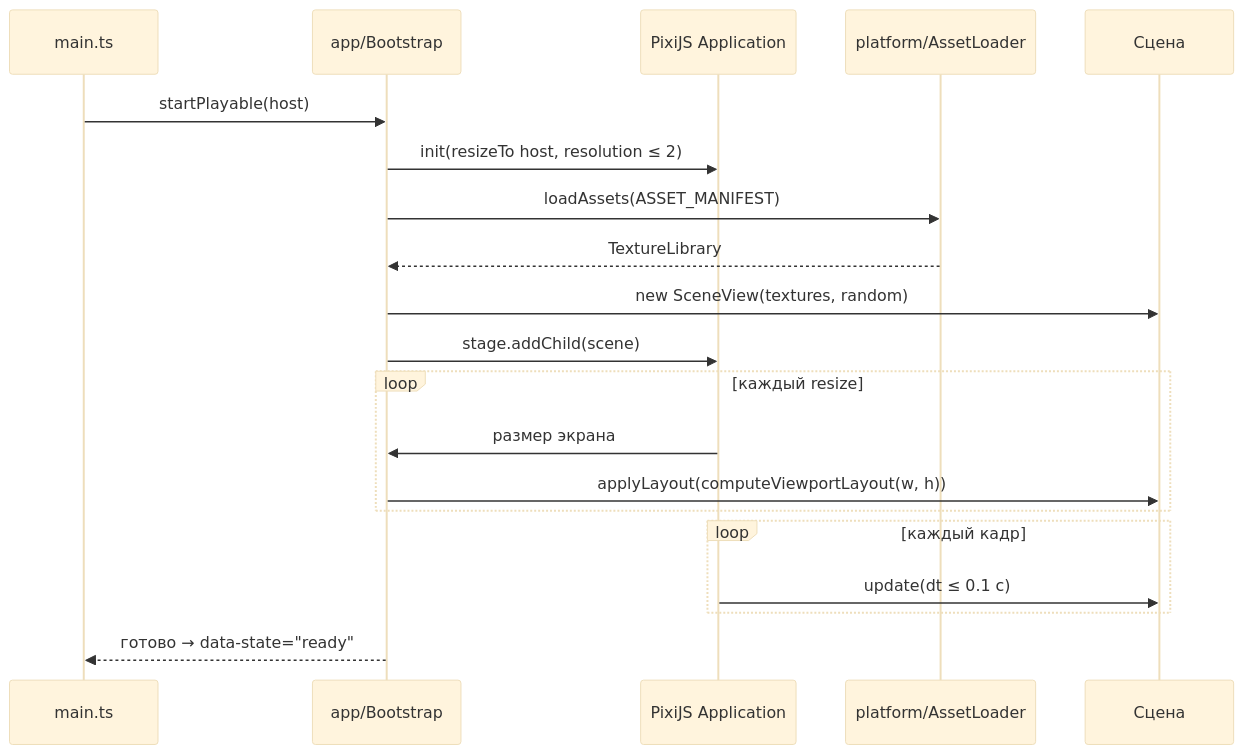
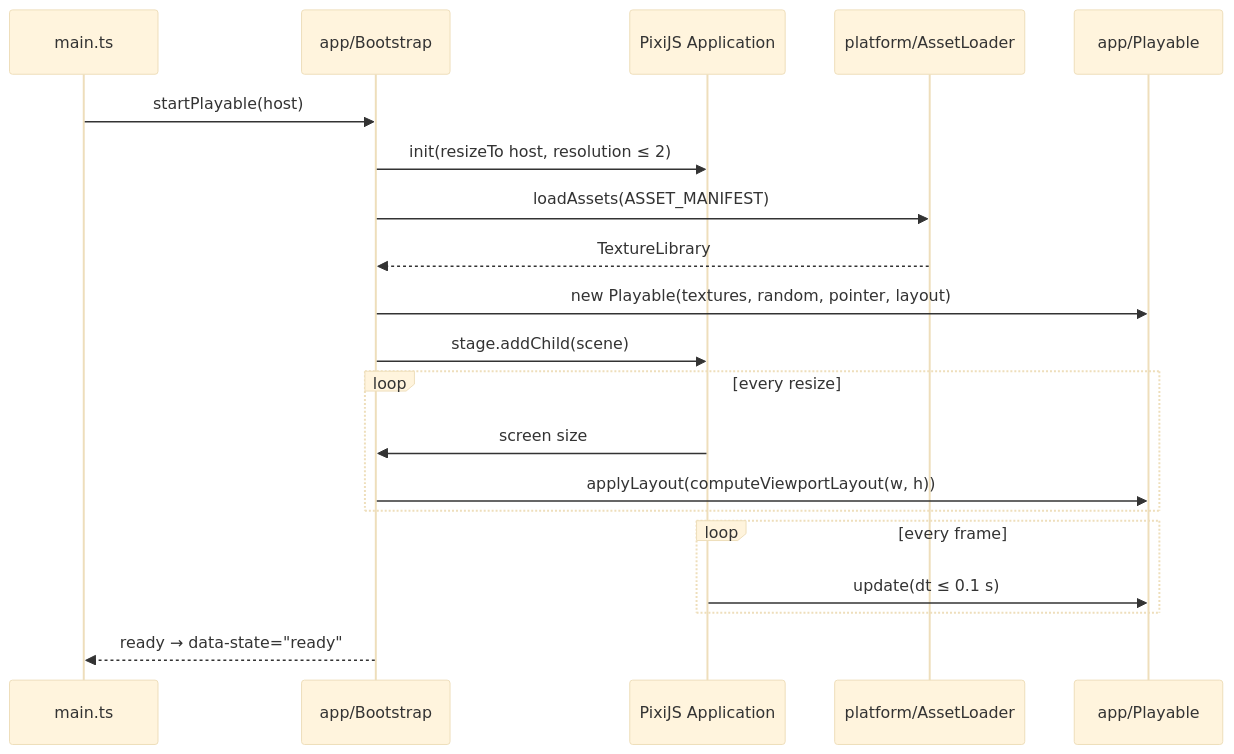
One commit to sburdenko/bub-playables-pixi changed the third of 6 diagrams in README.md. Above: the diagram before and after it, drawn with Mermaid (base theme). The commit also changed other lines of this file, not shown here.

````diff
--- a/README.md
+++ b/README.md
@@ -98,23 +98,23 @@
 ```mermaid
 sequenceDiagram
     participant Main as main.ts
     participant Boot as app/Bootstrap
     participant Pixi as PixiJS Application
     participant Loader as platform/AssetLoader
-    participant Scene as Сцена
+    participant Game as app/Playable
 
     Main->>Boot: startPlayable(host)
     Boot->>Pixi: init(resizeTo host, resolution ≤ 2)
     Boot->>Loader: loadAssets(ASSET_MANIFEST)
     Loader-->>Boot: TextureLibrary
-    Boot->>Scene: new SceneView(textures, random)
+    Boot->>Game: new Playable(textures, random, pointer, layout)
     Boot->>Pixi: stage.addChild(scene)
-    loop каждый resize
-        Pixi->>Boot: размер экрана
-        Boot->>Scene: applyLayout(computeViewportLayout(w, h))
+    loop every resize
+        Pixi->>Boot: screen size
+        Boot->>Game: applyLayout(computeViewportLayout(w, h))
     end
-    loop каждый кадр
-        Pixi->>Scene: update(dt ≤ 0.1 с)
+    loop every frame
+        Pixi->>Game: update(dt ≤ 0.1 s)
     end
-    Boot-->>Main: готово → data-state="ready"
+    Boot-->>Main: ready → data-state="ready"
 ```
````
